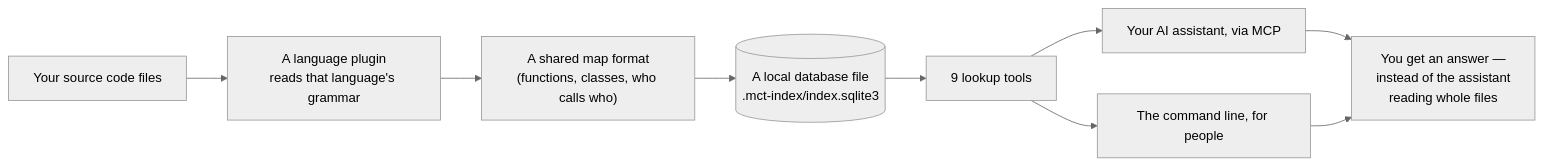
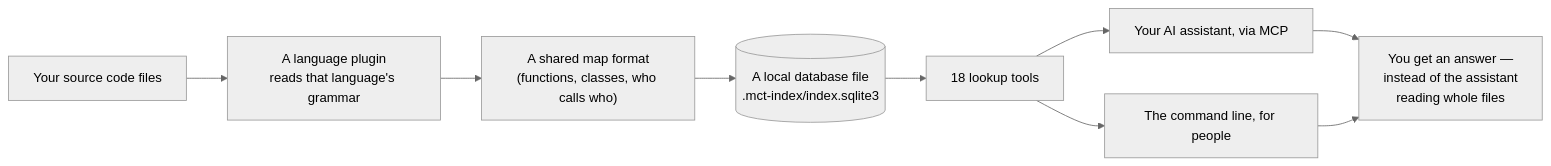
One commit to Zubiarka8/mini-consumes-tokens changed the diagram in ARCHITECTURE.md. Above: the diagram before and after it, drawn with Mermaid (neutral theme). The commit also changed other lines of this file, not shown here.

Commit message:
docs(architecture): align tool count, Lua status and test claims with the code

````diff
--- a/ARCHITECTURE.md
+++ b/ARCHITECTURE.md
@@ -17,11 +17,11 @@
 ```mermaid
 flowchart LR
     A["Your source code files"] --> B["A language plugin<br/>reads that language's grammar"]
     B --> C["A shared map format<br/>(functions, classes, who calls who)"]
     C --> D[("A local database file<br/>.mct-index/index.sqlite3")]
-    D --> E["9 lookup tools"]
+    D --> E["18 lookup tools"]
     E --> F["Your AI assistant, via MCP"]
     E --> G["The command line, for people"]
     F --> H["You get an answer —<br/>instead of the assistant<br/>reading whole files"]
     G --> H
 ```
````
